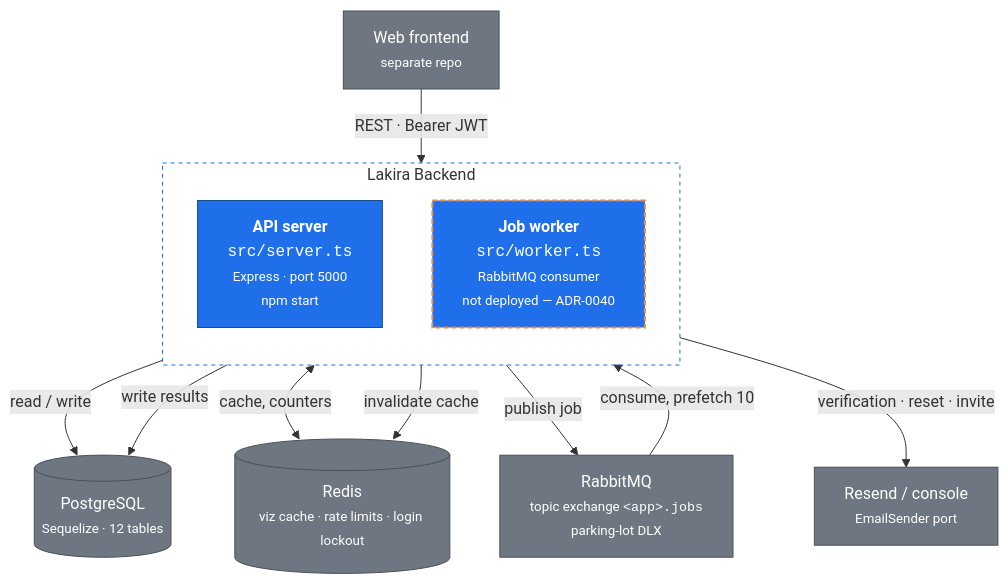
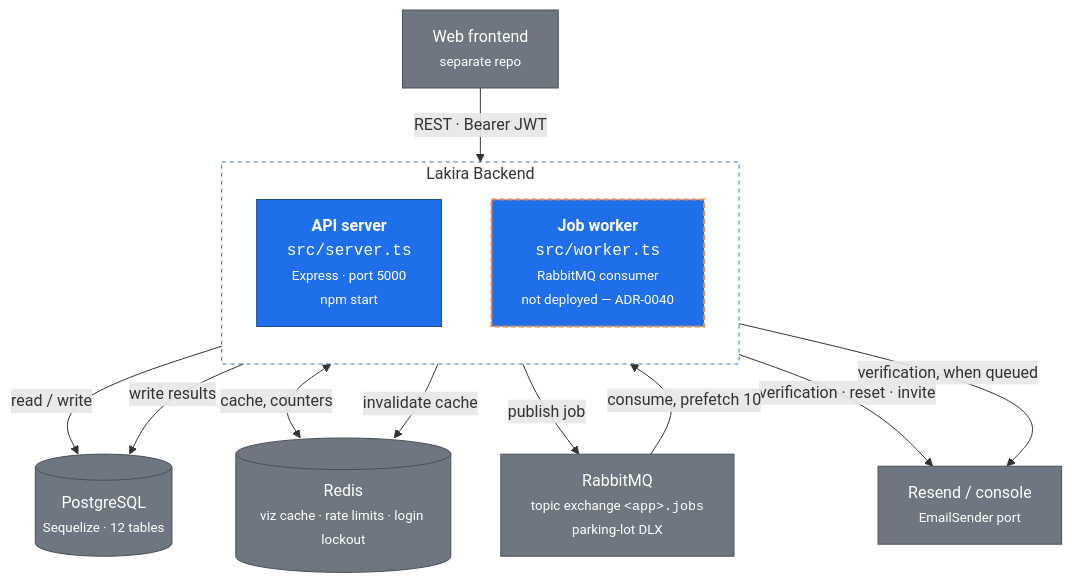
The first of 2 diagrams in docs/explanation/architecture/c4-containers.md (dimaszisby/lakira-backend), drawn with Mermaid before and after one commit. The commit also changed other lines of this file and 39 other files, not shown here.

````diff
--- a/docs/explanation/architecture/c4-containers.md
+++ b/docs/explanation/architecture/c4-containers.md
@@ -14,34 +14,35 @@
 ```mermaid
 graph TB
     web["Web frontend<br/><small>separate repo</small>"]
 
     subgraph sys ["Lakira Backend"]
         direction TB
         api["<b>API server</b><br/><code>src/server.ts</code><br/><small>Express · port 5000<br/>npm start</small>"]
         worker["<b>Job worker</b><br/><code>src/worker.ts</code><br/><small>RabbitMQ consumer<br/>not deployed — ADR-0040</small>"]
     end
 
     pg[("PostgreSQL<br/><small>Sequelize · 12 tables</small>")]
     redis[("Redis<br/><small>viz cache · rate limits · login lockout</small>")]
     mq["RabbitMQ<br/><small>topic exchange <code>&lt;app&gt;.jobs</code><br/>parking-lot DLX</small>"]
     mail["Resend / console<br/><small>EmailSender port</small>"]
 
     web -->|"REST · Bearer JWT"| api
 
     api -->|"read / write"| pg
     api <-->|"cache, counters"| redis
     api -->|"publish job"| mq
     api -->|"verification · reset · invite"| mail
 
     mq -->|"consume, prefetch 10"| worker
     worker -->|"write results"| pg
     worker -->|"invalidate cache"| redis
+    worker -->|"verification, when queued"| mail
 
     classDef proc fill:#1f6feb,stroke:#1a4f8a,color:#fff
     classDef undeployed fill:#1f6feb,stroke:#f0883e,stroke-width:2px,stroke-dasharray:5 3,color:#fff
     classDef store fill:#6e7781,stroke:#4a5058,color:#fff
     class api proc
     class worker undeployed
     class pg,redis,mq,mail,web store
     style sys fill:none,stroke:#1f6feb,stroke-dasharray:4 4
 ```
````
